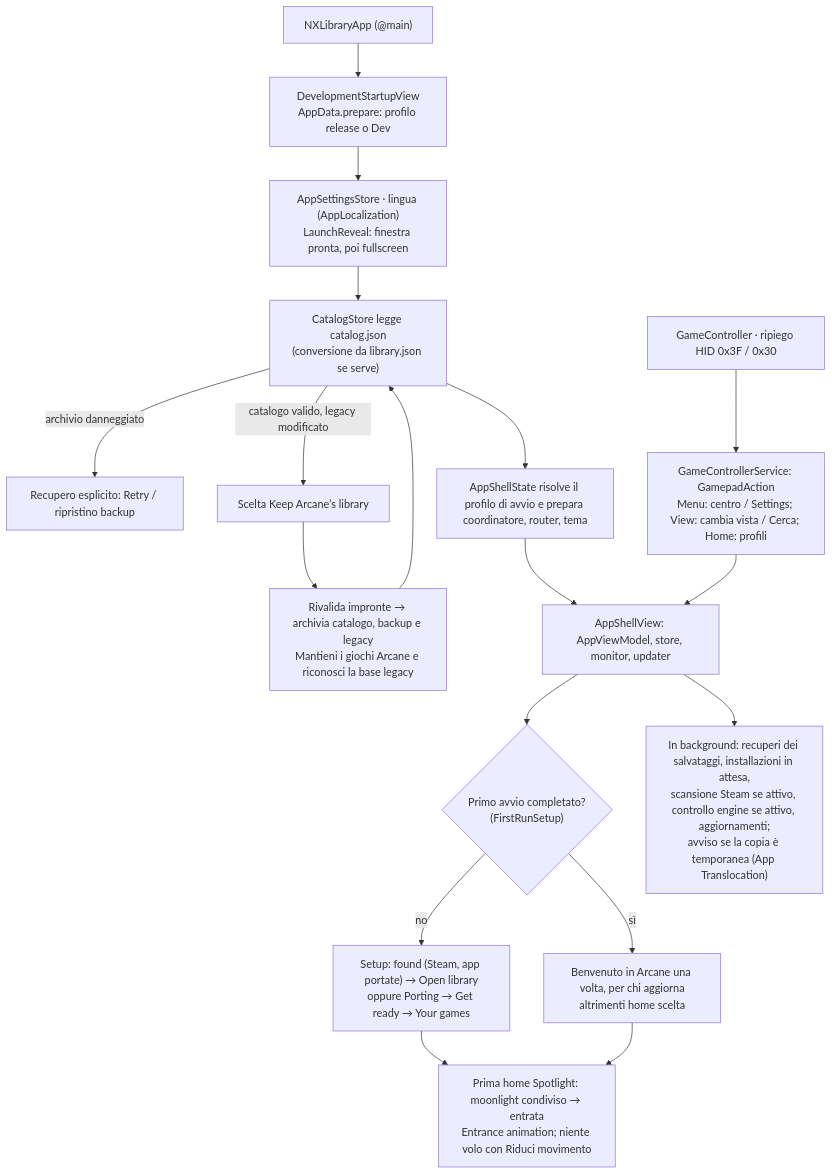
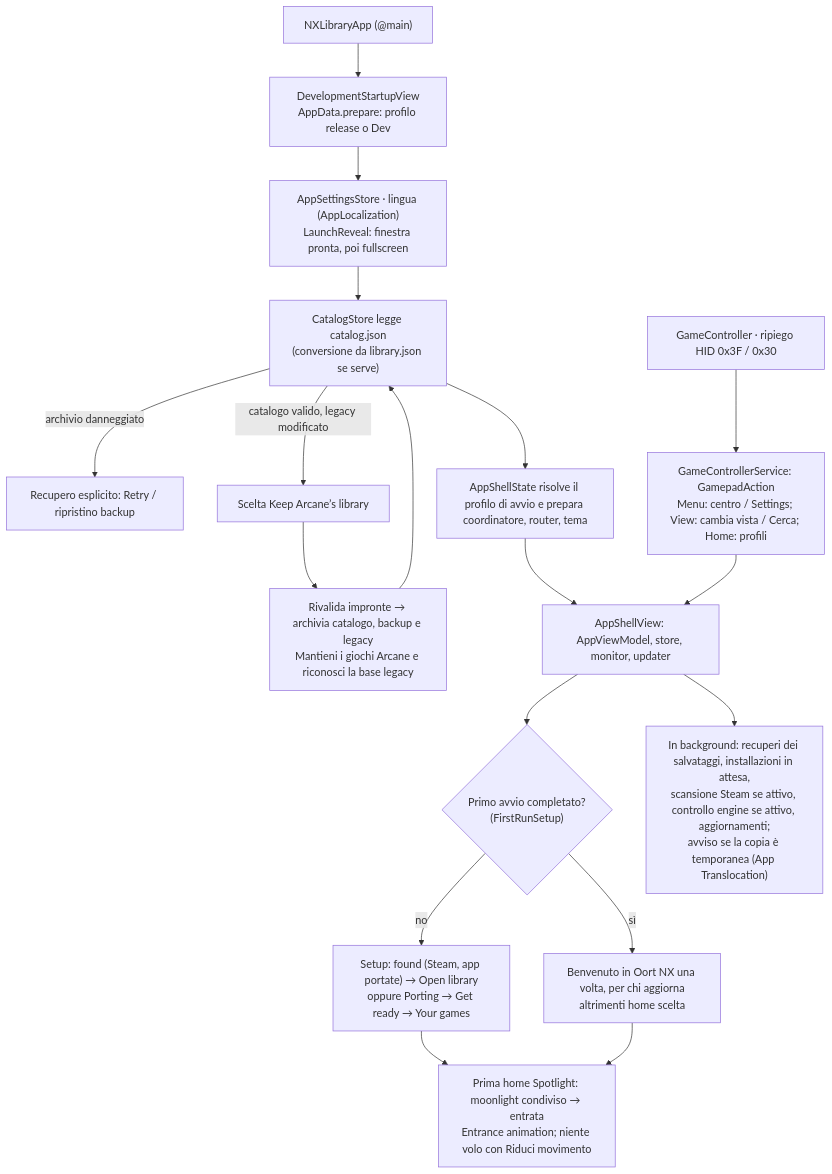
The first of 9 diagrams in docs/how-it-works/flows.md (sofianbll/NxLibrary), drawn with Mermaid before and after one commit. The commit also changed other lines of this file and 42 other files, not shown here.

````diff
--- a/docs/how-it-works/flows.md
+++ b/docs/how-it-works/flows.md
@@ -17,20 +17,20 @@
 ```mermaid
 flowchart TD
     A["NXLibraryApp (@main)"] --> B["DevelopmentStartupView<br/>AppData.prepare: profilo release o Dev"]
     B --> C["AppSettingsStore · lingua (AppLocalization)<br/>LaunchReveal: finestra pronta, poi fullscreen"]
     C --> D["CatalogStore legge catalog.json<br/>(conversione da library.json se serve)"]
     D -->|"archivio danneggiato"| R["Recupero esplicito: Retry / ripristino backup"]
     D -->|"catalogo valido, legacy modificato"| L["Scelta Keep Arcane’s library"]
     L --> LA["Rivalida impronte → archivia catalogo, backup e legacy<br/>Mantieni i giochi Arcane e riconosci la base legacy"]
     LA --> D
     D --> E["AppShellState risolve il profilo di avvio e prepara coordinatore, router, tema"]
     E --> F["AppShellView: AppViewModel, store, monitor, updater"]
     F --> G{"Primo avvio completato?<br/>(FirstRunSetup)"}
     G -->|"no"| H["Setup: found (Steam, app portate) → Open library<br/>oppure Porting → Get ready → Your games"]
-    G -->|"sì"| I["Benvenuto in Arcane una volta, per chi aggiorna<br/>altrimenti home scelta"]
+    G -->|"sì"| I["Benvenuto in Oort NX una volta, per chi aggiorna<br/>altrimenti home scelta"]
     H --> K["Prima home Spotlight: moonlight condiviso → entrata<br/>Entrance animation; niente volo con Riduci movimento"]
     I --> K
     F --> J["In background: recuperi dei salvataggi, installazioni in attesa,<br/>scansione Steam se attivo, controllo engine se attivo, aggiornamenti;<br/>avviso se la copia è temporanea (App Translocation)"]
     P["GameController · ripiego HID 0x3F / 0x30"] --> Q["GameControllerService: GamepadAction<br/>Menu: centro / Settings; View: cambia vista / Cerca; Home: profili"]
     Q --> F
 ```
````
